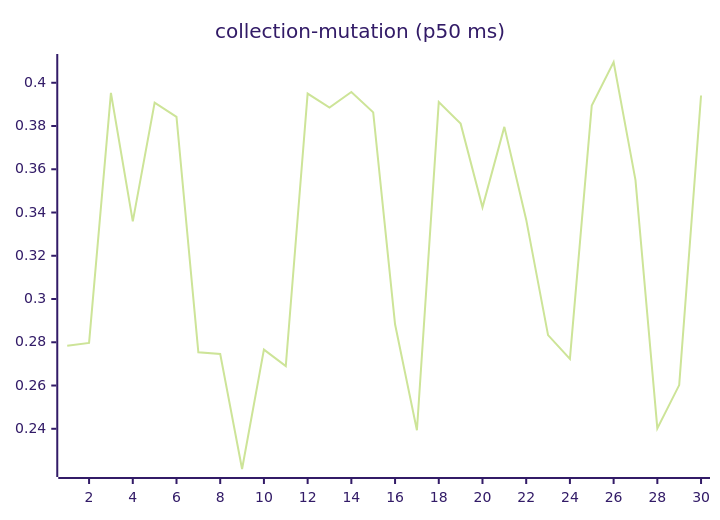
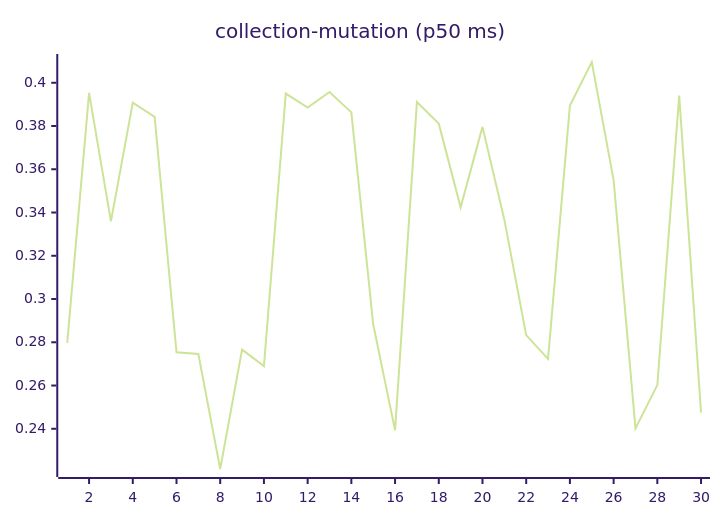
The sixth of 27 diagrams in README.md (josha/Facet), drawn with Mermaid (forest theme) before and after one commit. The commit also changed other lines of this file and 2 other files, not shown here.

````diff
--- a/README.md
+++ b/README.md
@@ -98,6 +98,6 @@
 ```mermaid
 xychart-beta
     title "collection-mutation (p50 ms)"
     x-axis 1 --> 30
-    line [0.2784, 0.2797, 0.3953, 0.3359, 0.3908, 0.3842, 0.2754, 0.2746, 0.2214, 0.2766, 0.2690, 0.3950, 0.3885, 0.3957, 0.3863, 0.2883, 0.2393, 0.3911, 0.3811, 0.3424, 0.3796, 0.3367, 0.2833, 0.2723, 0.3895, 0.4096, 0.3550, 0.2402, 0.2602, 0.3941]
+    line [0.2797, 0.3953, 0.3359, 0.3908, 0.3842, 0.2754, 0.2746, 0.2214, 0.2766, 0.2690, 0.3950, 0.3885, 0.3957, 0.3863, 0.2883, 0.2393, 0.3911, 0.3811, 0.3424, 0.3796, 0.3367, 0.2833, 0.2723, 0.3895, 0.4096, 0.3550, 0.2402, 0.2602, 0.3941, 0.2474]
 ```
````
